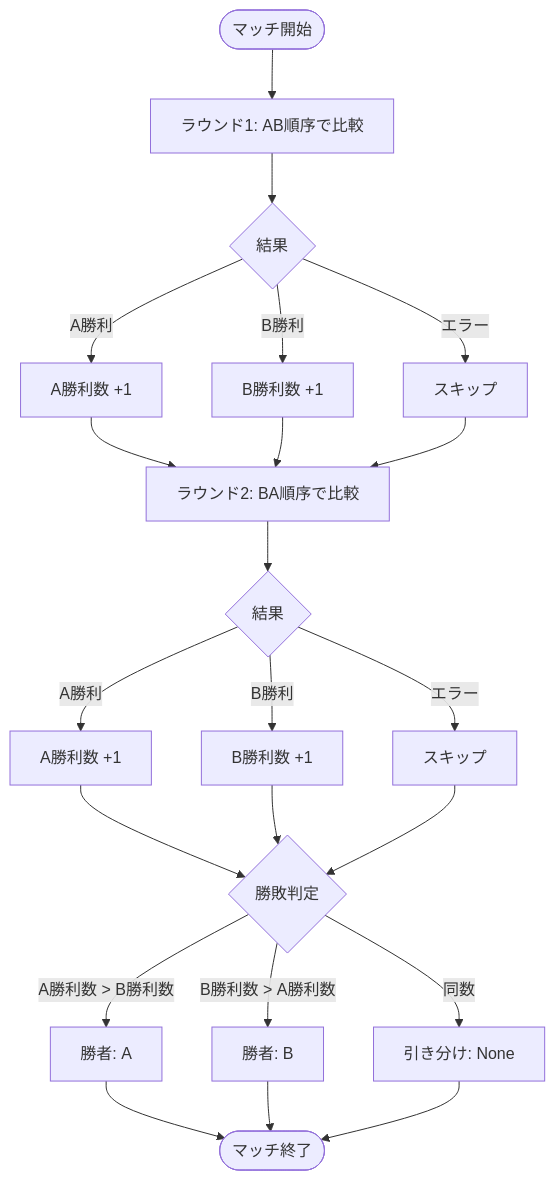
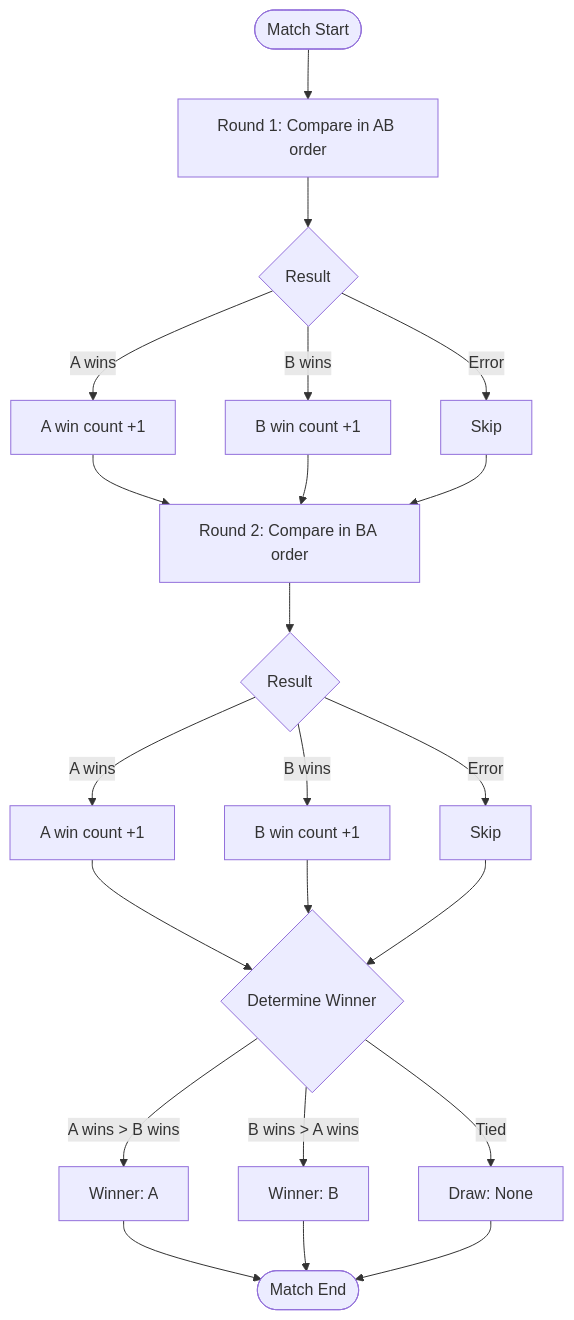
One commit to TomokiIshimine/llm-qualitative-sort changed the fourth of 7 diagrams in docs/tournament.md. Above: the diagram before and after it, drawn with Mermaid. The commit also changed other lines of this file and 7 other files, not shown here.

````diff
--- a/docs/tournament.md
+++ b/docs/tournament.md
@@ -110,31 +112,31 @@
 ```mermaid
 flowchart TD
-    Start([マッチ開始]) --> Round1[ラウンド1: AB順序で比較]
-    Round1 --> Result1{結果}
+    Start([Match Start]) --> Round1[Round 1: Compare in AB order]
+    Round1 --> Result1{Result}
 
-    Result1 -->|A勝利| WinA1[A勝利数 +1]
-    Result1 -->|B勝利| WinB1[B勝利数 +1]
-    Result1 -->|エラー| Skip1[スキップ]
+    Result1 -->|A wins| WinA1[A win count +1]
+    Result1 -->|B wins| WinB1[B win count +1]
+    Result1 -->|Error| Skip1[Skip]
 
     WinA1 --> Round2
     WinB1 --> Round2
     Skip1 --> Round2
 
-    Round2[ラウンド2: BA順序で比較] --> Result2{結果}
+    Round2[Round 2: Compare in BA order] --> Result2{Result}
 
-    Result2 -->|A勝利| WinA2[A勝利数 +1]
-    Result2 -->|B勝利| WinB2[B勝利数 +1]
-    Result2 -->|エラー| Skip2[スキップ]
+    Result2 -->|A wins| WinA2[A win count +1]
+    Result2 -->|B wins| WinB2[B win count +1]
+    Result2 -->|Error| Skip2[Skip]
 
     WinA2 --> Judge
     WinB2 --> Judge
     Skip2 --> Judge
 
-    Judge{勝敗判定} --> |A勝利数 > B勝利数| WinnerA[勝者: A]
-    Judge --> |B勝利数 > A勝利数| WinnerB[勝者: B]
-    Judge --> |同数| Draw[引き分け: None]
+    Judge{Determine Winner} --> |A wins > B wins| WinnerA[Winner: A]
+    Judge --> |B wins > A wins| WinnerB[Winner: B]
+    Judge --> |Tied| Draw[Draw: None]
 
-    WinnerA --> End([マッチ終了])
+    WinnerA --> End([Match End])
     WinnerB --> End
     Draw --> End
 ```
````
